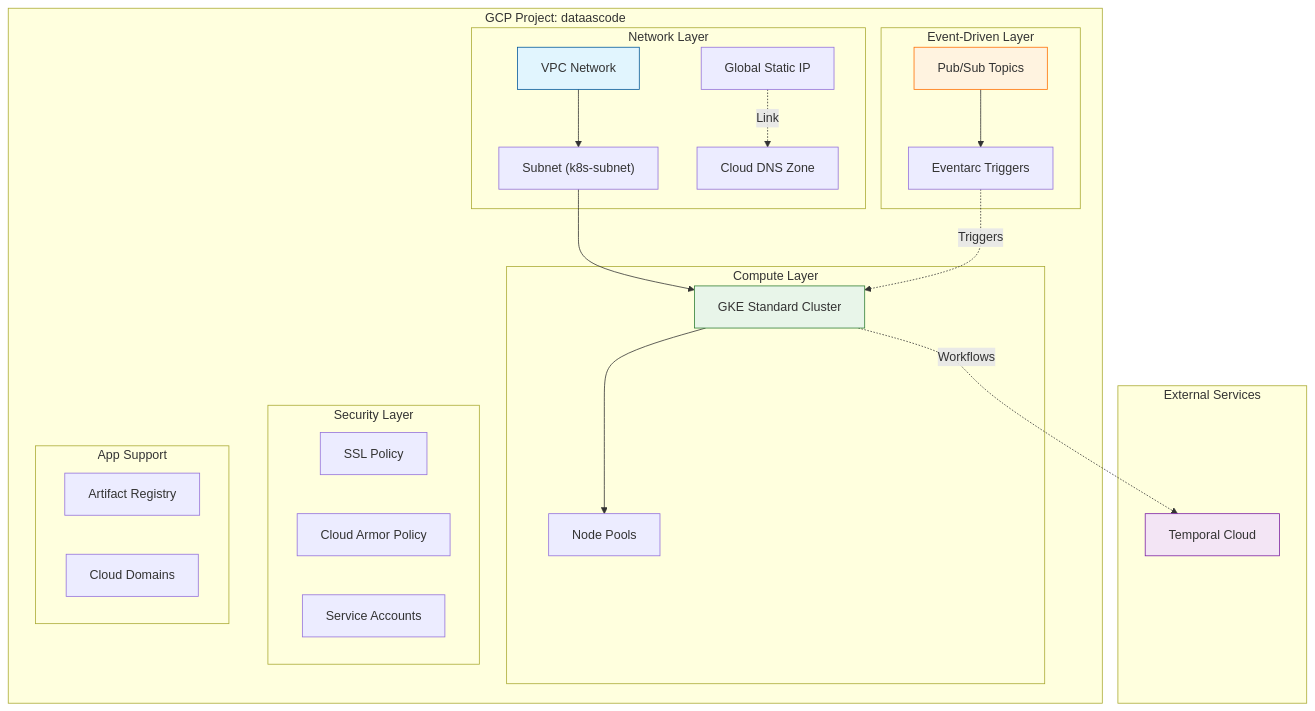
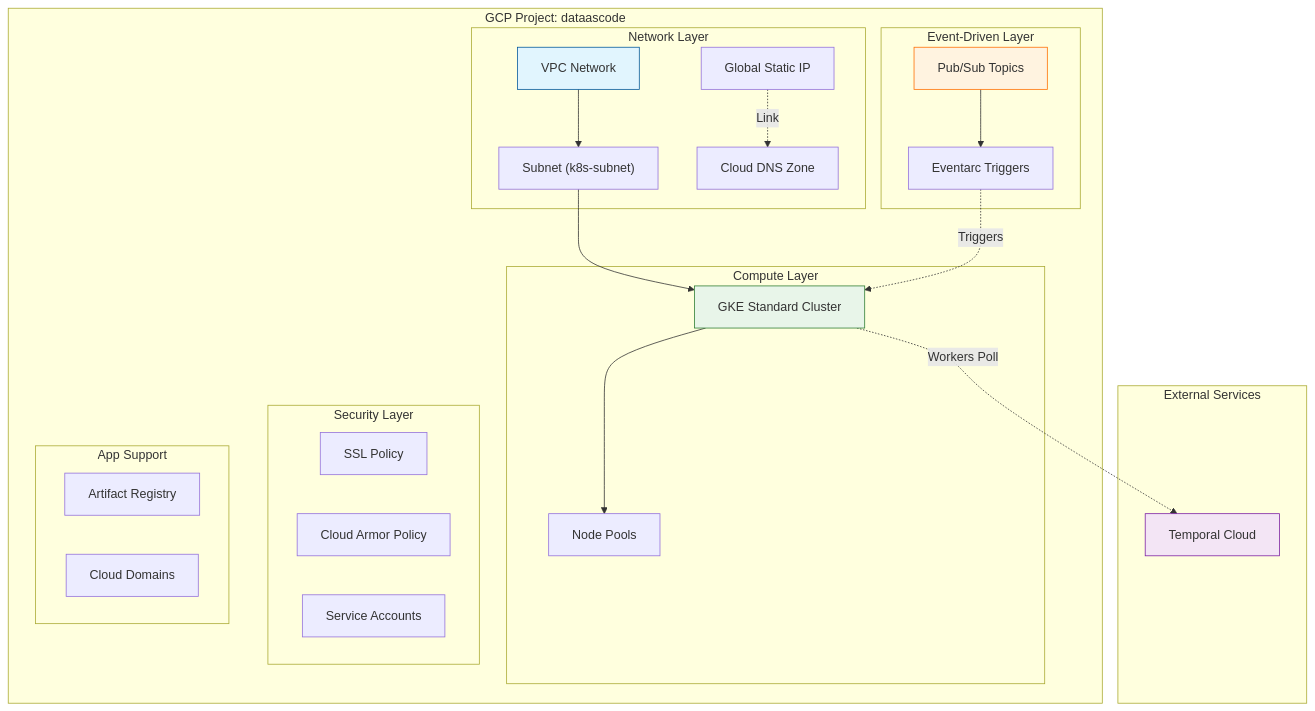
Before and after one commit to JonathanNdambaPro/gke-standard-cluster: the first of 3 diagrams in docs/infrastructure.md, drawn with Mermaid. The commit also changed other lines of this file and 4 other files, not shown here.

````diff
--- a/docs/infrastructure.md
+++ b/docs/infrastructure.md
@@ -7,52 +7,52 @@
 ```mermaid
 graph TD
     subgraph GCP["GCP Project: dataascode"]
         subgraph NetLayer["Network Layer"]
             VPC["VPC Network"]
             Subnet["Subnet (k8s-subnet)"]
             ExtIP["Global Static IP"]
             CloudDNS["Cloud DNS Zone"]
 
             VPC --> Subnet
             ExtIP -.->|Link| CloudDNS
         end
 
         subgraph ComputeLayer["Compute Layer"]
             GKE["GKE Standard Cluster"]
             NodePools["Node Pools"]
 
             Subnet --> GKE
             GKE --> NodePools
         end
 
         subgraph SecurityLayer["Security Layer"]
             SSL["SSL Policy"]
             Armor["Cloud Armor Policy"]
             IAM["Service Accounts"]
         end
 
         subgraph EventLayer["Event-Driven Layer"]
             PubSub["Pub/Sub Topics"]
             Eventarc["Eventarc Triggers"]
 
             PubSub --> Eventarc
             Eventarc -.->|Triggers| GKE
         end
 
         subgraph AppLayer["App Support"]
             Artifact["Artifact Registry"]
             Domains["Cloud Domains"]
         end
     end
 
     subgraph External["External Services"]
         Temporal["Temporal Cloud"]
     end
 
-    GKE -.->|Workflows| Temporal
+    GKE -.->|Workers Poll| Temporal
 
     style VPC fill:#e1f5fe,stroke:#01579b
     style GKE fill:#e8f5e9,stroke:#2e7d32
     style PubSub fill:#fff3e0,stroke:#ff6f00
     style Temporal fill:#f3e5f5,stroke:#7b1fa2
 ```
````
